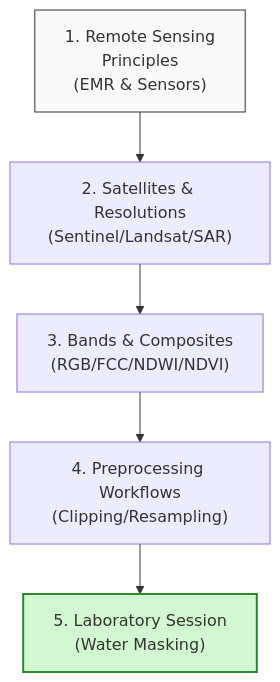
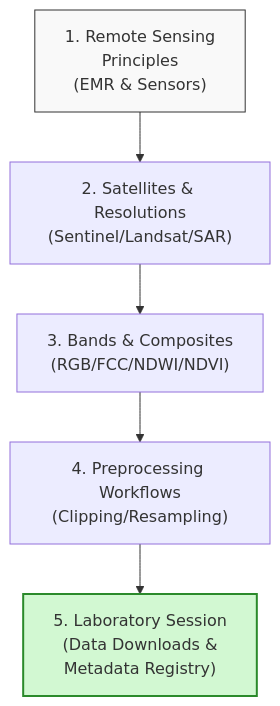
Before and after one commit to Rotten-Grapes-Pvt-Ltd/QGIS-WECS: the diagram in docs/day2/index.md, drawn with Mermaid. The commit also changed other lines of this file and 48 other files, not shown here.

````diff
--- a/docs/day2/index.md
+++ b/docs/day2/index.md
@@ -28,10 +28,10 @@
 ```mermaid
 graph TD
     A["1. Remote Sensing<br/>Principles<br/>(EMR & Sensors)"] --> B["2. Satellites & Resolutions<br/>(Sentinel/Landsat/SAR)"]
     B --> C["3. Bands & Composites<br/>(RGB/FCC/NDWI/NDVI)"]
     C --> D["4. Preprocessing Workflows<br/>(Clipping/Resampling)"]
-    D --> E["5. Laboratory Session<br/>(Water Masking)"]
+    D --> E["5. Laboratory Session<br/>(Data Downloads &<br/>Metadata Registry)"]
     
     style A fill:#f9f9f9,stroke:#333
     style E fill:#d2f8d2,stroke:#2b8a2b,stroke-width:2px
 ```
````
